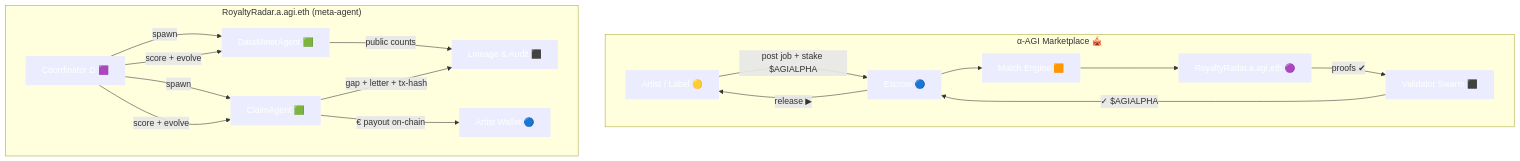
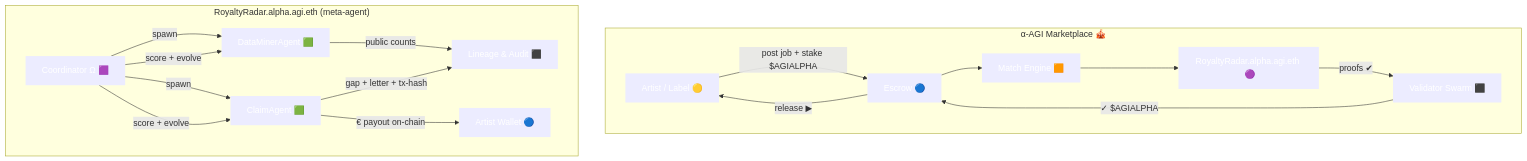
Before and after one commit to MontrealAI/AGI-Alpha-Agent-v0: the second of 3 diagrams in alpha_factory_v1/demos/meta_agentic_agi_v3/businesses/royalty_radar.md, drawn with Mermaid. The commit also changed other lines of this file and 17 other files, not shown here.

Commit message:
docs: update ENS schema references

````diff
--- a/alpha_factory_v1/demos/meta_agentic_agi_v3/businesses/royalty_radar.md
+++ b/alpha_factory_v1/demos/meta_agentic_agi_v3/businesses/royalty_radar.md
@@ -41,32 +41,32 @@
 ```mermaid
 flowchart TD
   %% α-AGI Marketplace
   subgraph marketplace["α-AGI Marketplace  🎪"]
     client["Artist / Label  🟡"]
     escrow["Escrow  🔵"]
     match["Match Engine  🟧"]
-    rr[RoyaltyRadar.a.agi.eth  🟣]
+    rr[RoyaltyRadar.alpha.agi.eth  🟣]
     vs["Validator Swarm  ⬛"]
     client -- "post job + stake $AGIALPHA" --> escrow
     escrow --> match
     match --> rr
     rr -- "proofs ✔" --> vs
     vs -- "✓ $AGIALPHA" --> escrow
     escrow -- "release ▶" --> client
   end
 
   %% RoyaltyRadar internal
-  subgraph rr_box["RoyaltyRadar.a.agi.eth  (meta-agent)"]
+  subgraph rr_box["RoyaltyRadar.alpha.agi.eth  (meta-agent)"]
     orch["Coordinator Ω  🟪"]
     dm["DataMinerAgent  🟩"]
     cl["ClaimAgent  🟩"]
     orch -->|spawn| dm & cl
     orch -->|score + evolve| dm & cl
     dm -->|public counts| lin["Lineage & Audit  ⬛"]
     cl -->|gap + letter + tx-hash| lin
     cl -- "€ payout on-chain" --> wallet["Artist Wallet  🔵"]
   end
 
   classDef default stroke-width:0,color:#fff
   class client,escrow,match,rr,vs,orch,dm,cl,lin,wallet default
 ```
````
